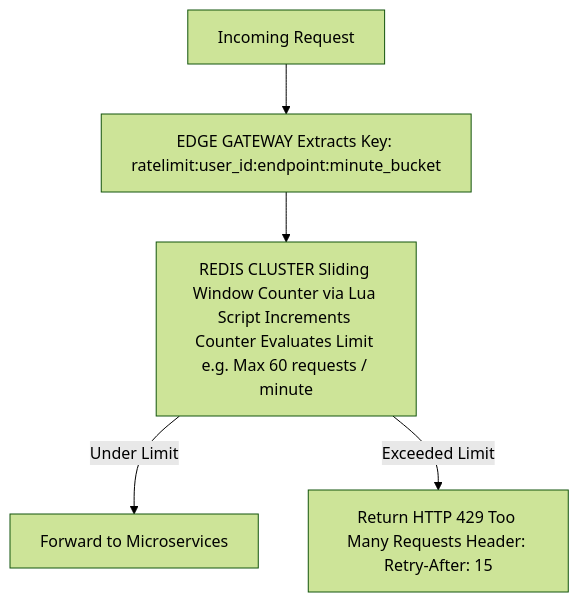
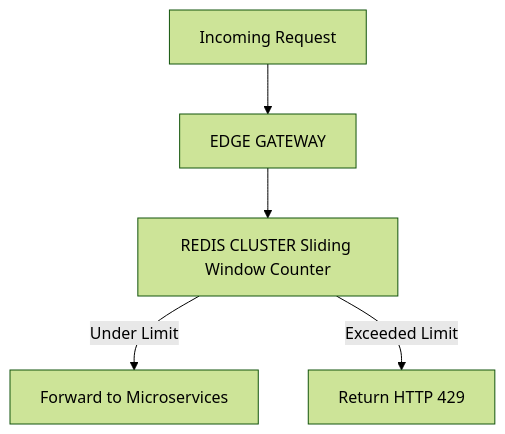
Before and after one commit to Chandra179/atlas: diagram 19 of 19 in blog/astro/src/content/docs/uber-architecture.md, drawn with Mermaid (forest theme). The commit also changed other lines of this file and 20 other files, not shown here.

````diff
--- a/blog/astro/src/content/docs/uber-architecture.md
+++ b/blog/astro/src/content/docs/uber-architecture.md
@@ -978,7 +976,7 @@
 ```mermaid
 flowchart TD
-    REQ["Incoming Request"] --> GW["EDGE GATEWAY Extracts Key: ratelimit:user_id:endpoint:minute_bucket"]
-    GW --> REDIS["REDIS CLUSTER Sliding Window Counter via Lua Script Increments Counter Evaluates Limit e.g. Max 60 requests / minute"]
+    REQ["Incoming Request"] --> GW["EDGE GATEWAY"]
+    GW --> REDIS["REDIS CLUSTER Sliding Window Counter"]
     REDIS -->|Under Limit| FORWARD["Forward to Microservices"]
-    REDIS -->|Exceeded Limit| REJECT["Return HTTP 429 Too Many Requests Header: Retry-After: 15"]
+    REDIS -->|Exceeded Limit| REJECT["Return HTTP 429"]
 ```
````
